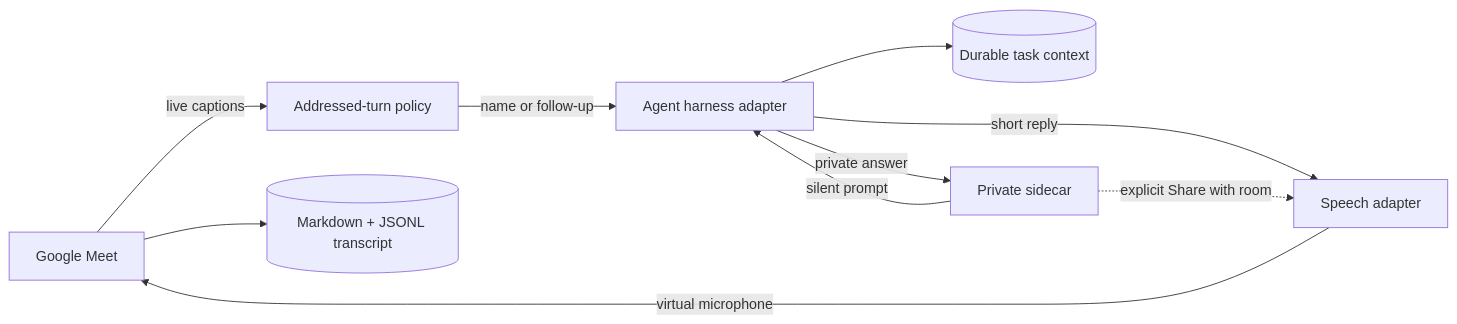
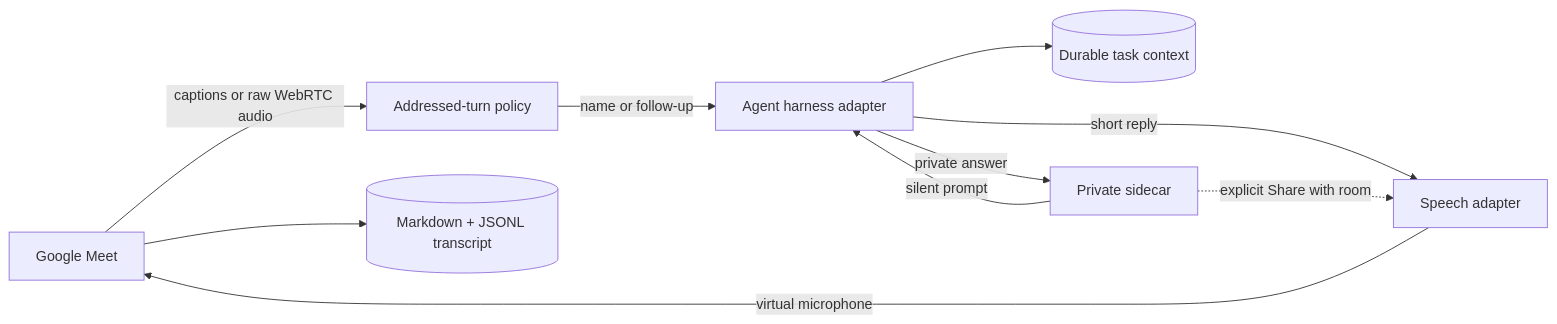
One commit to Bbasche/agent-meet-bridge changed the diagram in README.md. Above: the diagram before and after it, drawn with Mermaid. The commit also changed other lines of this file and 46 other files, not shown here.

````diff
--- a/README.md
+++ b/README.md
@@ -34,12 +35,12 @@
 ```mermaid
 flowchart LR
-    Meet[Google Meet] -->|live captions| Policy[Addressed-turn policy]
+    Meet[Google Meet] -->|captions or raw WebRTC audio| Policy[Addressed-turn policy]
     Policy -->|name or follow-up| Harness[Agent harness adapter]
     Harness --> Task[(Durable task context)]
     Harness -->|short reply| TTS[Speech adapter]
     TTS -->|virtual microphone| Meet
     Meet --> Store[(Markdown + JSONL transcript)]
     Operator[Private sidecar] -->|silent prompt| Harness
     Harness -->|private answer| Operator
     Operator -. explicit Share with room .-> TTS
 ```
````
